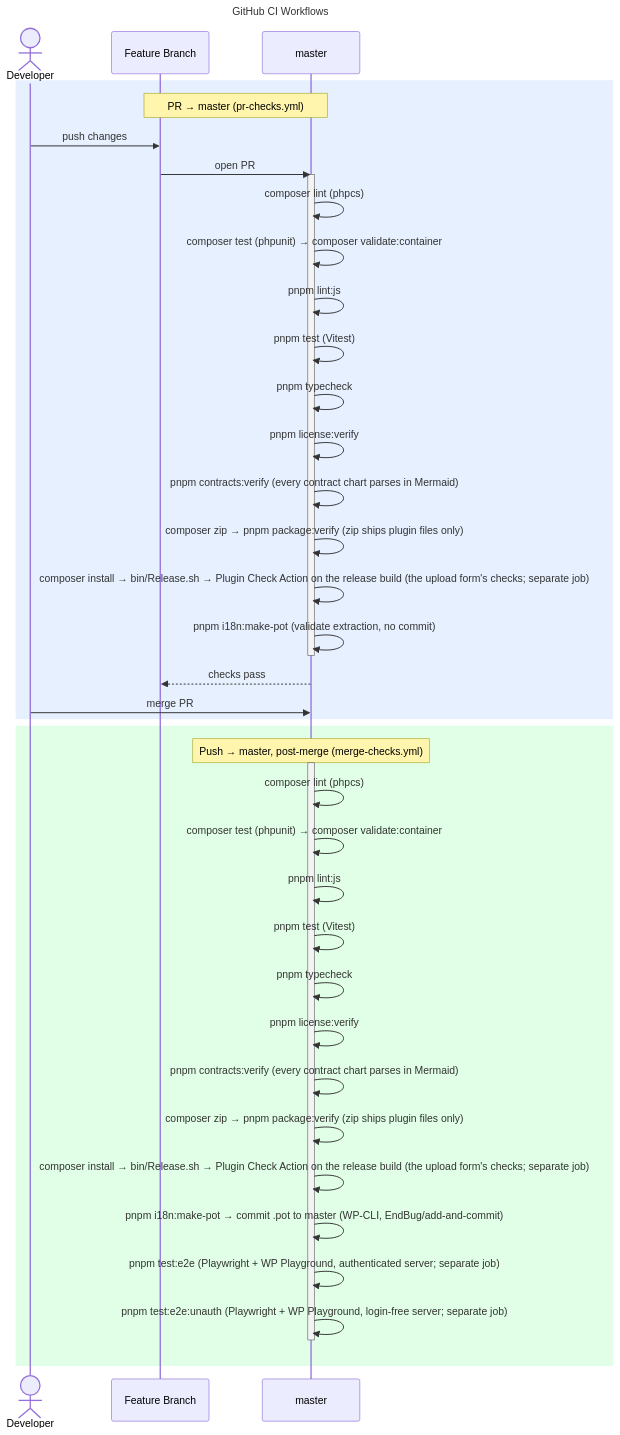
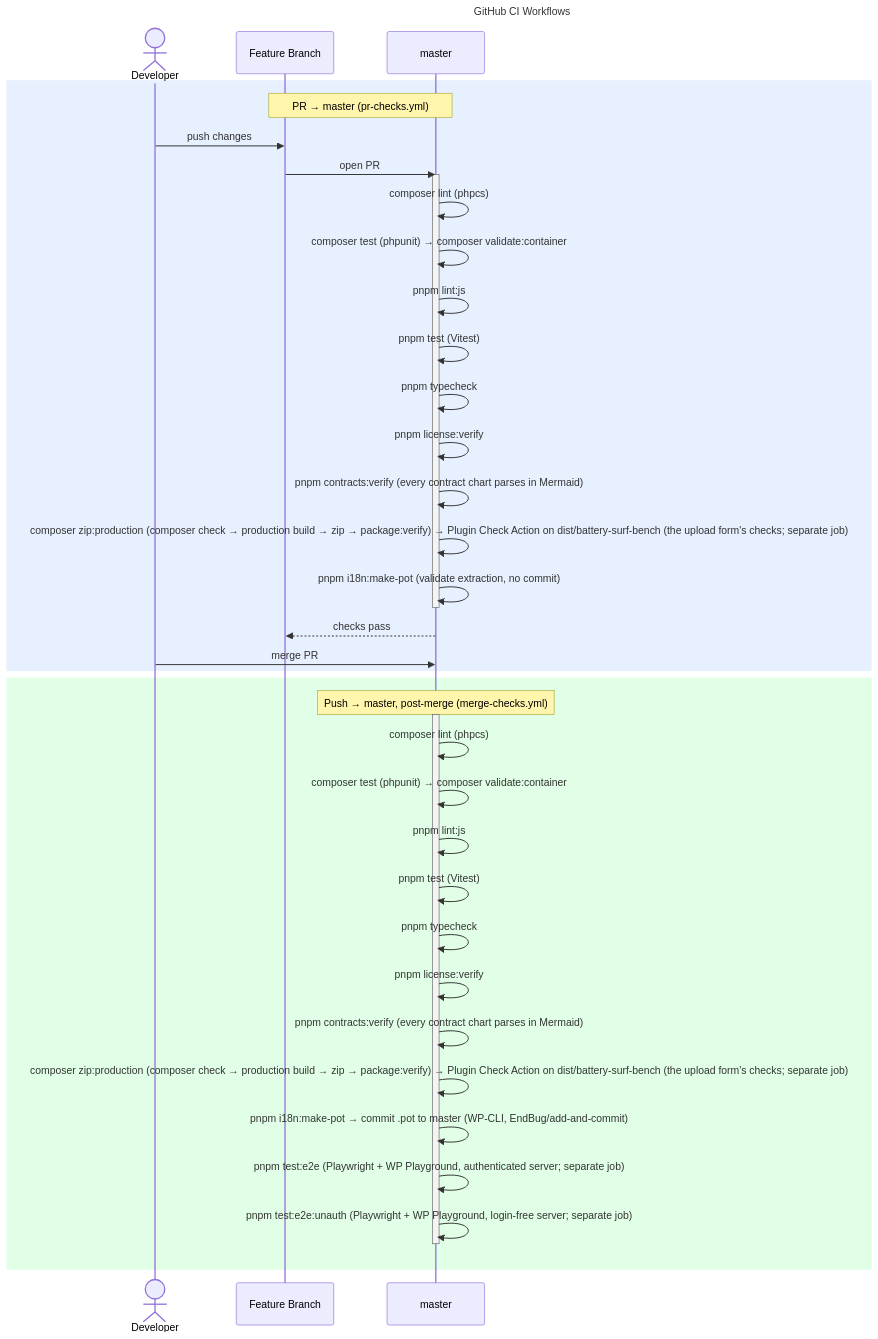
One commit to erdembircan/battery-surf-bench changed the diagram in docs/contracts/ci-workflow.mmd. Above: the diagram before and after it, drawn with Mermaid. The commit also changed 42 other files, not shown here.

First line of the commit message:
[CHORE]: build, zip and serve the plugin from Composer

```diff
--- a/docs/contracts/ci-workflow.mmd
+++ b/docs/contracts/ci-workflow.mmd
@@ -1,48 +1,46 @@
 ---
 title: GitHub CI Workflows
 ---
 %% Characters Mermaid would misread inside a label are written as entity codes,
 %% which render as the character itself: #58; ':', #59; ';', #40; '(', #41; ')',
 %% #123; '{', #125; '}'. See "Keeping Charts Parseable" in CLAUDE.md.
 sequenceDiagram
     actor Dev as Developer
     participant FB as Feature Branch
     participant M as master
 
     rect rgb(230, 240, 255)
         Note over FB,M: PR → master (pr-checks.yml)
         Dev->>FB: push changes
         FB->>M: open PR
         activate M
         M->>M: composer lint (phpcs)
         M->>M: composer test (phpunit) → composer validate:container
         M->>M: pnpm lint:js
         M->>M: pnpm test (Vitest)
         M->>M: pnpm typecheck
         M->>M: pnpm license:verify
         M->>M: pnpm contracts:verify (every contract chart parses in Mermaid)
-        M->>M: composer zip → pnpm package:verify (zip ships plugin files only)
-        M->>M: composer install → bin/Release.sh → Plugin Check Action on the release build (the upload form's checks#59; separate job)
+        M->>M: composer zip:production (composer check → production build → zip → package:verify) → Plugin Check Action on dist/battery-surf-bench (the upload form's checks#59; separate job)
         M->>M: pnpm i18n:make-pot (validate extraction, no commit)
         deactivate M
         M-->>FB: checks pass
         Dev->>M: merge PR
     end
 
     rect rgb(224, 255, 230)
         Note over M: Push → master, post-merge (merge-checks.yml)
         activate M
         M->>M: composer lint (phpcs)
         M->>M: composer test (phpunit) → composer validate:container
         M->>M: pnpm lint:js
         M->>M: pnpm test (Vitest)
         M->>M: pnpm typecheck
         M->>M: pnpm license:verify
         M->>M: pnpm contracts:verify (every contract chart parses in Mermaid)
-        M->>M: composer zip → pnpm package:verify (zip ships plugin files only)
-        M->>M: composer install → bin/Release.sh → Plugin Check Action on the release build (the upload form's checks#59; separate job)
+        M->>M: composer zip:production (composer check → production build → zip → package:verify) → Plugin Check Action on dist/battery-surf-bench (the upload form's checks#59; separate job)
         M->>M: pnpm i18n:make-pot → commit .pot to master (WP-CLI, EndBug/add-and-commit)
         M->>M: pnpm test:e2e (Playwright + WP Playground, authenticated server#59; separate job)
         M->>M: pnpm test:e2e:unauth (Playwright + WP Playground, login-free server#59; separate job)
         deactivate M
     end
```
